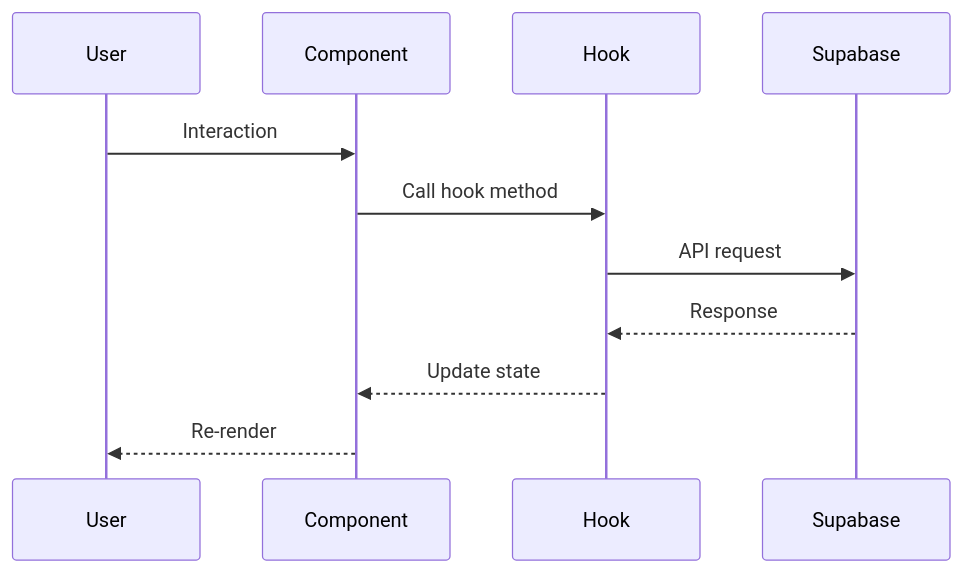
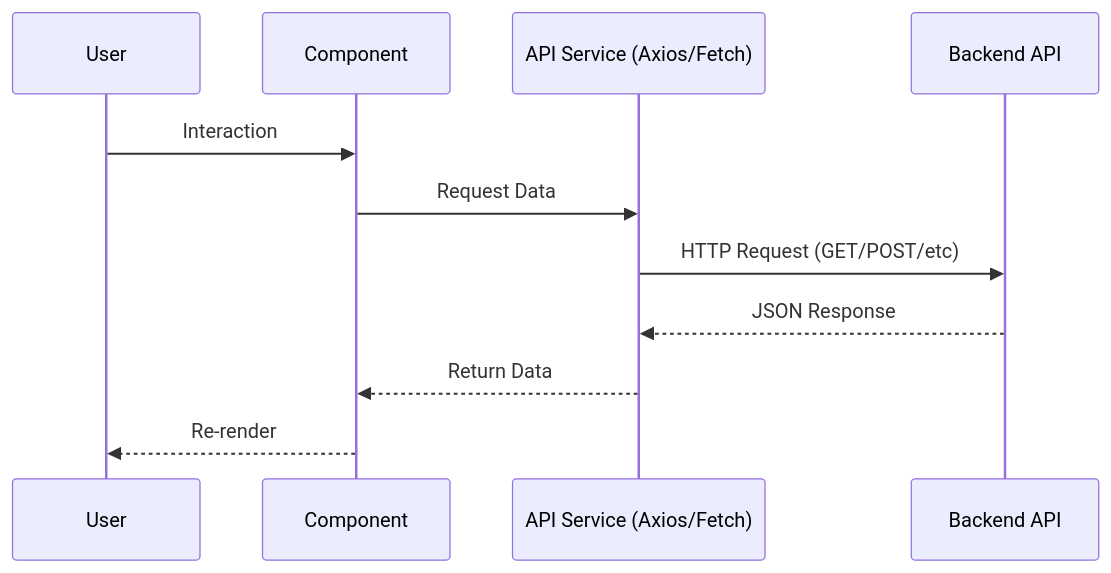
The second of 4 diagrams in docs/development/architecture.md (rub3nnn/FlickDo), drawn with Mermaid before and after one commit. The commit also changed other lines of this file and 6 other files, not shown here.

````diff
--- a/docs/development/architecture.md
+++ b/docs/development/architecture.md
@@ -137,14 +117,14 @@
 ```mermaid
 sequenceDiagram
     participant U as User
     participant C as Component
-    participant H as Hook
-    participant S as Supabase
+    participant S as API Service (Axios/Fetch)
+    participant B as Backend API
 
     U->>C: Interaction
-    C->>H: Call hook method
-    H->>S: API request
-    S-->>H: Response
-    H-->>C: Update state
+    C->>S: Request Data
+    S->>B: HTTP Request (GET/POST/etc)
+    B-->>S: JSON Response
+    S-->>C: Return Data
     C-->>U: Re-render
 ```
````
